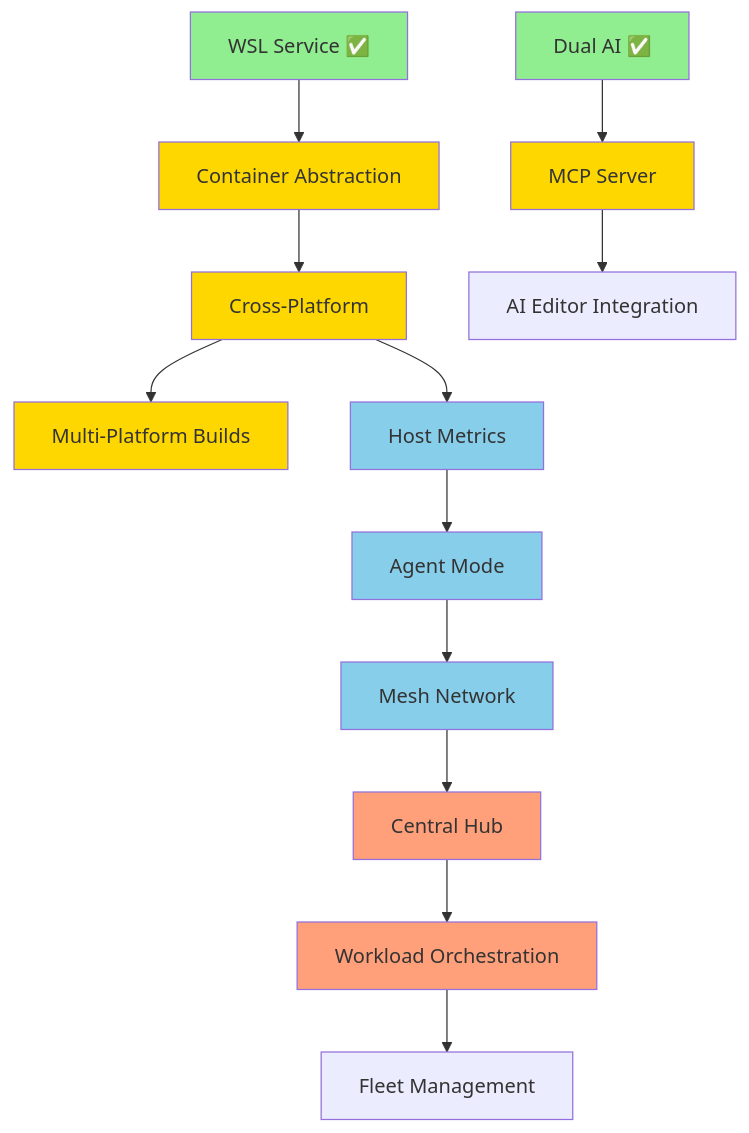
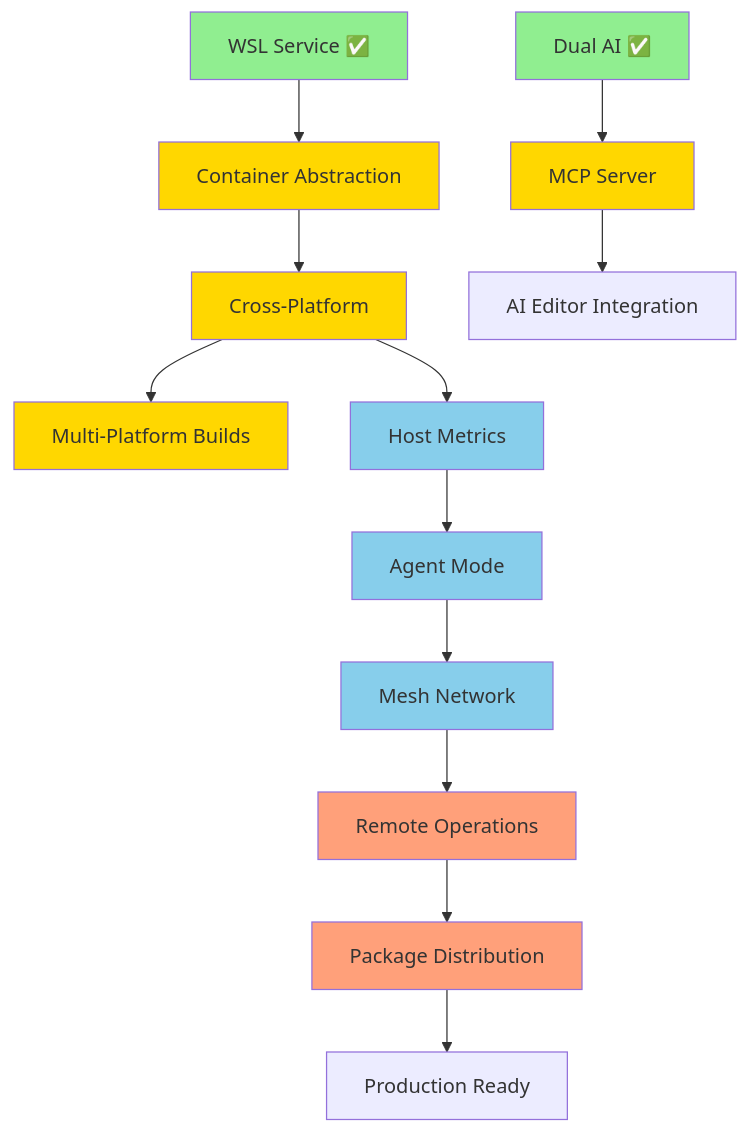
Before and after one commit to dealer426/thresh: the diagram in docs/ROADMAP_2026.md, drawn with Mermaid. The commit also changed other lines of this file and 1 other file, not shown here.

First line of the commit message:
refactor: Move Hub/SaaS features to private document, focus roadmap on open-source scope

````diff
--- a/docs/ROADMAP_2026.md
+++ b/docs/ROADMAP_2026.md
@@ -1985,28 +1610,28 @@
 ```mermaid
 graph TD
     A[Dual AI ✅] --> B[MCP Server]
     C[WSL Service ✅] --> D[Container Abstraction]
     D --> E[Cross-Platform]
     E --> F[Multi-Platform Builds]
     
     E --> G[Host Metrics]
     G --> H[Agent Mode]
     H --> I[Mesh Network]
-    I --> J[Central Hub]
-    J --> K[Workload Orchestration]
+    I --> J[Remote Operations]
+    J --> K[Package Distribution]
     
     B --> L[AI Editor Integration]
-    K --> M[Fleet Management]
+    K --> M[Production Ready]
     
     style A fill:#90EE90
     style C fill:#90EE90
     style B fill:#FFD700
     style D fill:#FFD700
     style E fill:#FFD700
     style F fill:#FFD700
     style G fill:#87CEEB
     style H fill:#87CEEB
     style I fill:#87CEEB
     style J fill:#FFA07A
     style K fill:#FFA07A
 ```
````
